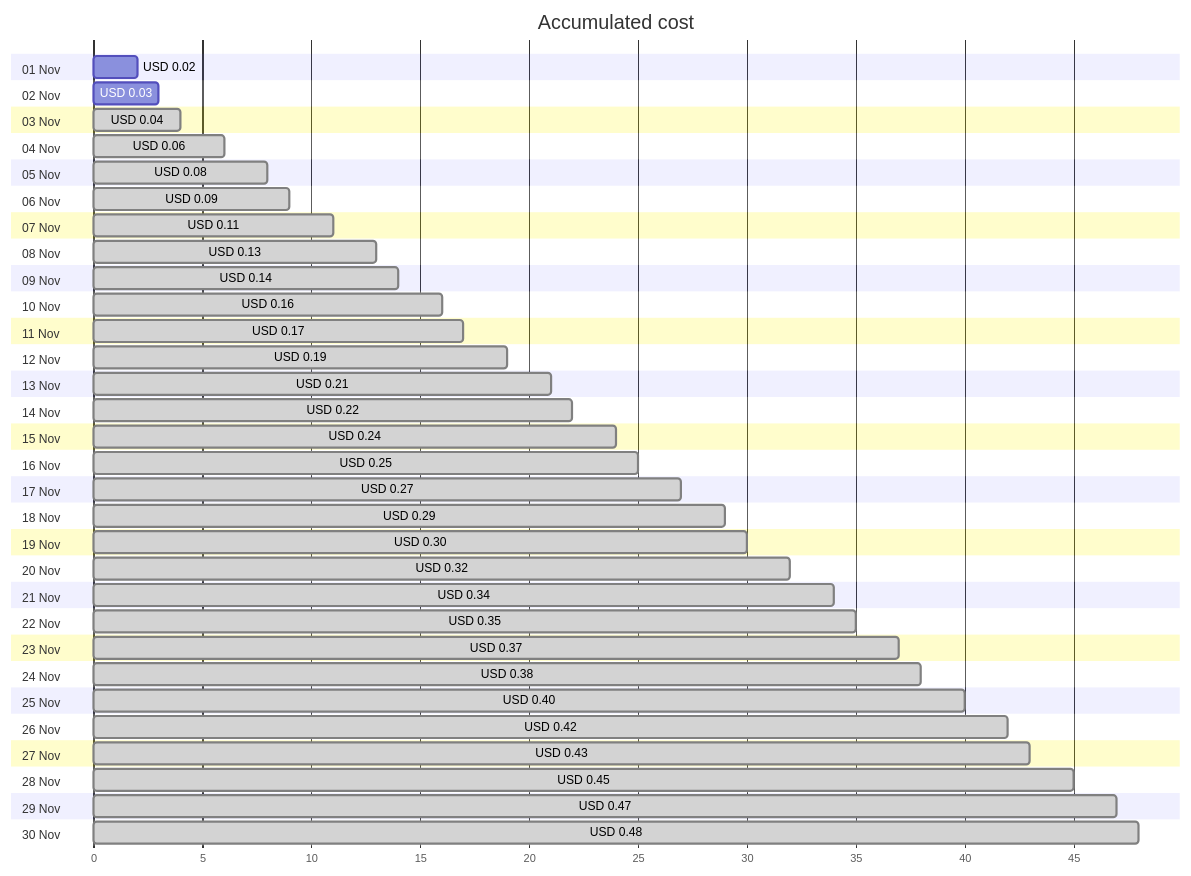
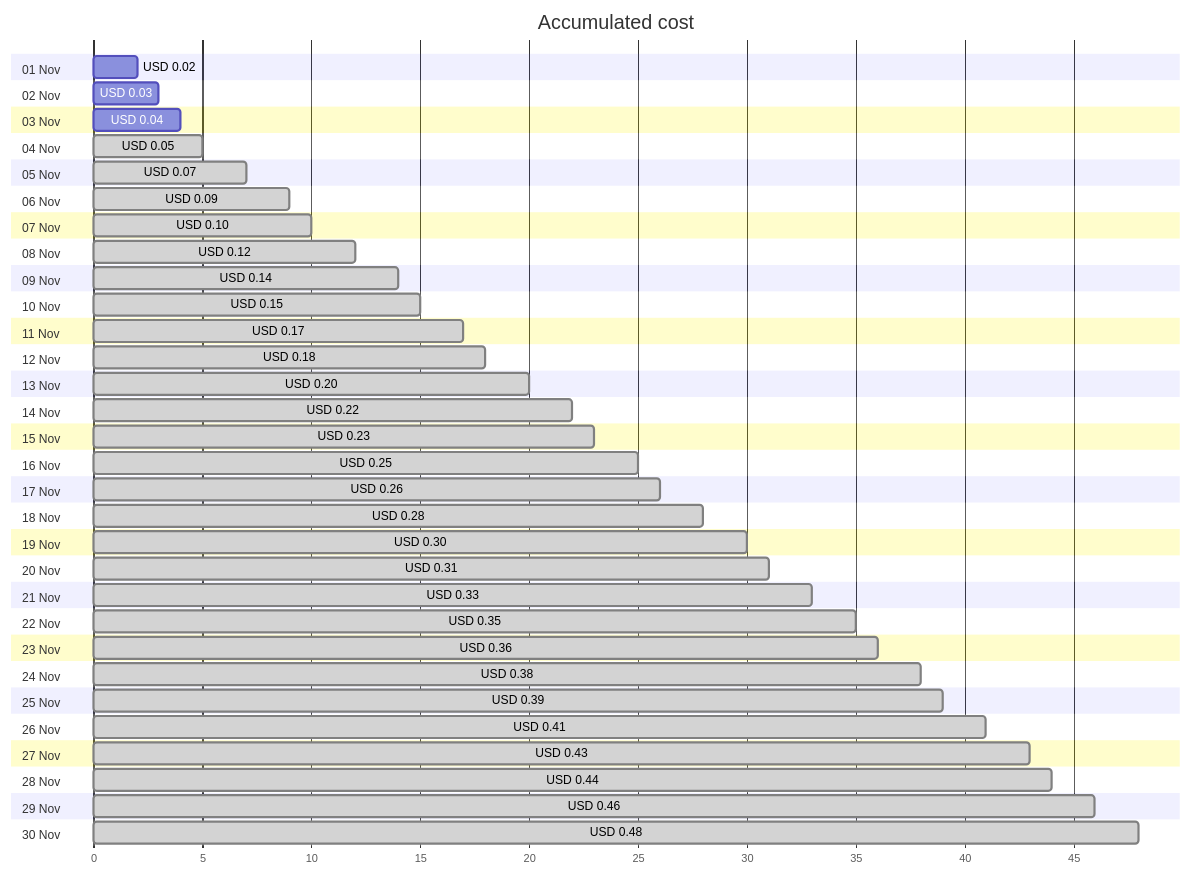
The first of 4 diagrams in cost-reports/personal-network/private.jpatrickfulton.com.md (jpfulton/azure-personal-reports), drawn with Mermaid before and after one commit. The commit also changed other lines of this file and 8 other files, not shown here.

````diff
--- a/cost-reports/personal-network/private.jpatrickfulton.com.md
+++ b/cost-reports/personal-network/private.jpatrickfulton.com.md
@@ -20,66 +20,66 @@
 ```mermaid
 gantt
    title Accumulated cost
    dateFormat  X
    axisFormat %s
    section 01 Nov
    USD 0.02 :0, 2
    section 02 Nov
    USD 0.03 :0, 3
    section 03 Nov
-   USD 0.04 : done, 0, 4
+   USD 0.04 :0, 4
    section 04 Nov
-   USD 0.06 : done, 0, 6
+   USD 0.05 : done, 0, 5
    section 05 Nov
-   USD 0.08 : done, 0, 8
+   USD 0.07 : done, 0, 7
    section 06 Nov
    USD 0.09 : done, 0, 9
    section 07 Nov
-   USD 0.11 : done, 0, 11
+   USD 0.10 : done, 0, 10
    section 08 Nov
-   USD 0.13 : done, 0, 13
+   USD 0.12 : done, 0, 12
    section 09 Nov
    USD 0.14 : done, 0, 14
    section 10 Nov
-   USD 0.16 : done, 0, 16
+   USD 0.15 : done, 0, 15
    section 11 Nov
    USD 0.17 : done, 0, 17
    section 12 Nov
-   USD 0.19 : done, 0, 19
+   USD 0.18 : done, 0, 18
    section 13 Nov
-   USD 0.21 : done, 0, 21
+   USD 0.20 : done, 0, 20
    section 14 Nov
    USD 0.22 : done, 0, 22
    section 15 Nov
-   USD 0.24 : done, 0, 24
+   USD 0.23 : done, 0, 23
    section 16 Nov
    USD 0.25 : done, 0, 25
    section 17 Nov
-   USD 0.27 : done, 0, 27
+   USD 0.26 : done, 0, 26
    section 18 Nov
-   USD 0.29 : done, 0, 29
+   USD 0.28 : done, 0, 28
    section 19 Nov
    USD 0.30 : done, 0, 30
    section 20 Nov
-   USD 0.32 : done, 0, 32
+   USD 0.31 : done, 0, 31
    section 21 Nov
-   USD 0.34 : done, 0, 34
+   USD 0.33 : done, 0, 33
    section 22 Nov
    USD 0.35 : done, 0, 35
    section 23 Nov
-   USD 0.37 : done, 0, 37
+   USD 0.36 : done, 0, 36
    section 24 Nov
    USD 0.38 : done, 0, 38
    section 25 Nov
-   USD 0.40 : done, 0, 40
+   USD 0.39 : done, 0, 39
    section 26 Nov
-   USD 0.42 : done, 0, 42
+   USD 0.41 : done, 0, 41
    section 27 Nov
    USD 0.43 : done, 0, 43
    section 28 Nov
-   USD 0.45 : done, 0, 45
+   USD 0.44 : done, 0, 44
    section 29 Nov
-   USD 0.47 : done, 0, 47
+   USD 0.46 : done, 0, 46
    section 30 Nov
    USD 0.48 : done, 0, 48
 ```
````
